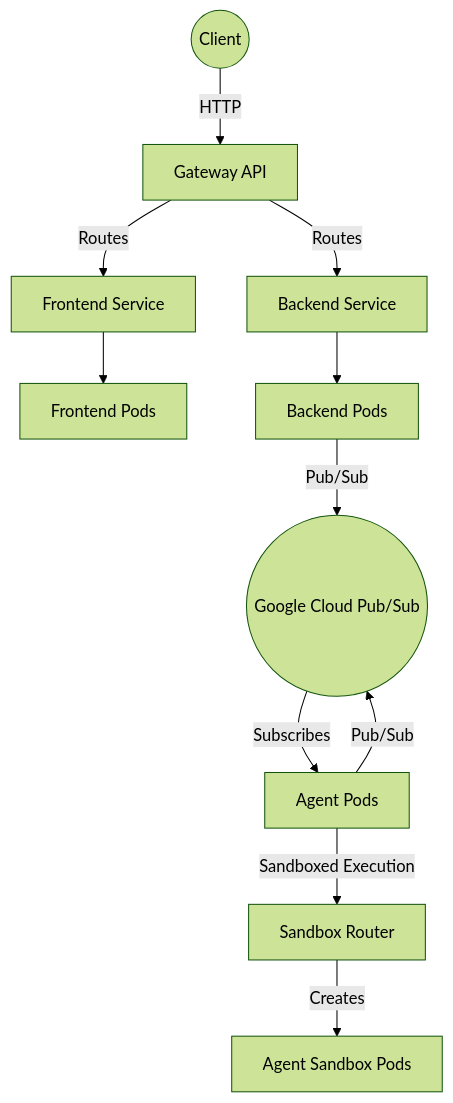
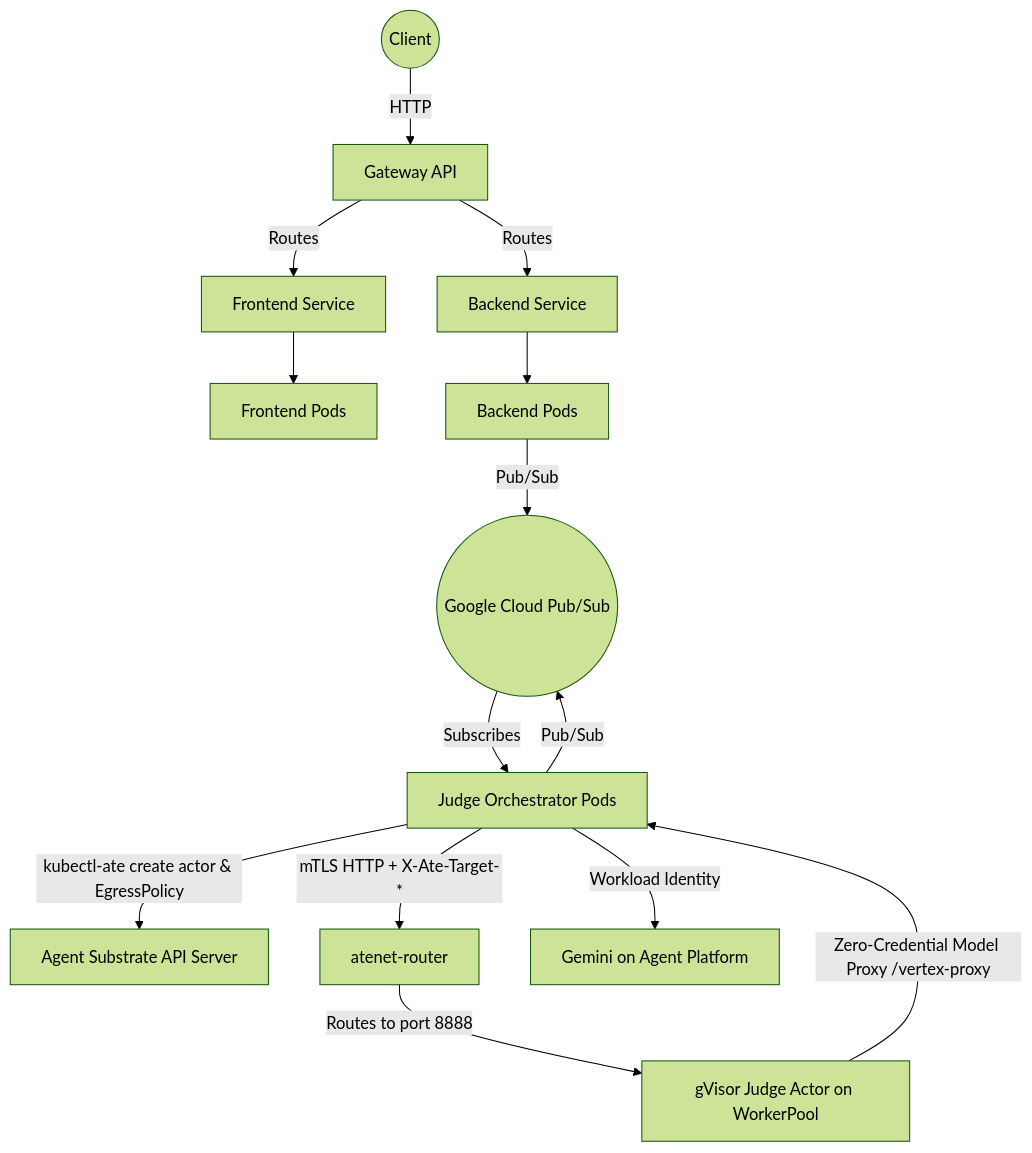
Before and after one commit to moficodes/hackathon-judge: the diagram in k8s/README.md, drawn with Mermaid (forest theme). The commit also changed other lines of this file and 22 other files, not shown here.

Commit message:
feat(k8s): migrate manifests, scripts, and codelab docs to Agent Substrate v1.0.0 (#32)

````diff
--- a/k8s/README.md
+++ b/k8s/README.md
@@ -7,16 +7,19 @@
 ```mermaid
 graph TD
     Client((Client)) -->|HTTP| Gateway[Gateway API]
     Gateway -->|Routes| FrontendSvc[Frontend Service]
     Gateway -->|Routes| BackendSvc[Backend Service]
-    
+
     FrontendSvc --> Frontend[Frontend Pods]
     BackendSvc --> Backend[Backend Pods]
-    
+
     Backend -->|Pub/Sub| PubSub((Google Cloud Pub/Sub))
-    
-    PubSub -->|Subscribes| Agent[Agent Pods]
-    Agent -->|Sandboxed Execution| SandboxRouter[Sandbox Router]
-    SandboxRouter -->|Creates| Sandbox[Agent Sandbox Pods]
+
+    PubSub -->|Subscribes| Agent[Judge Orchestrator Pods]
+    Agent -->|kubectl-ate create actor & EgressPolicy| AteAPI[Agent Substrate API Server]
+    Agent -->|mTLS HTTP + X-Ate-Target-*| Router[atenet-router]
+    Router -->|Routes to port 8888| Actor[gVisor Judge Actor on WorkerPool]
+    Actor -->|Zero-Credential Model Proxy /vertex-proxy| Agent
+    Agent -->|Workload Identity| AgentPlatform[Gemini on Agent Platform]
     Agent -->|Pub/Sub| PubSub
 ```
````
